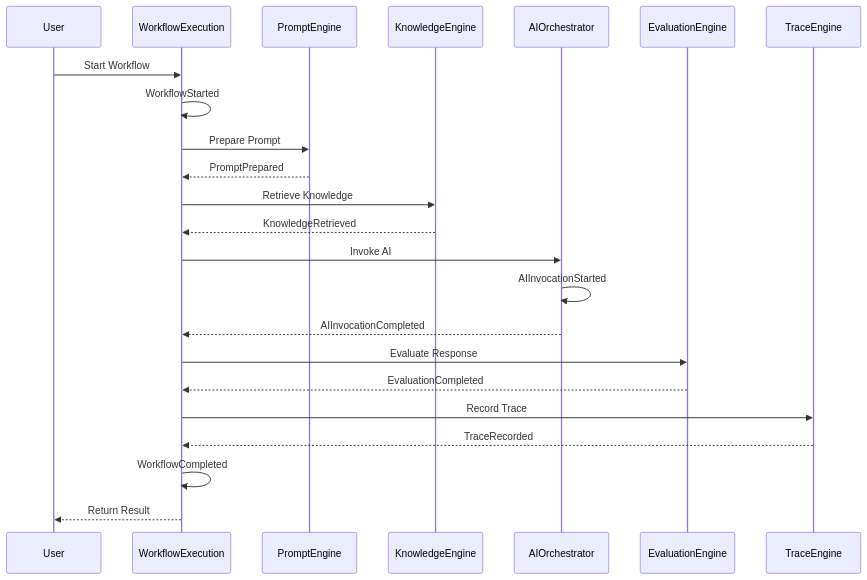
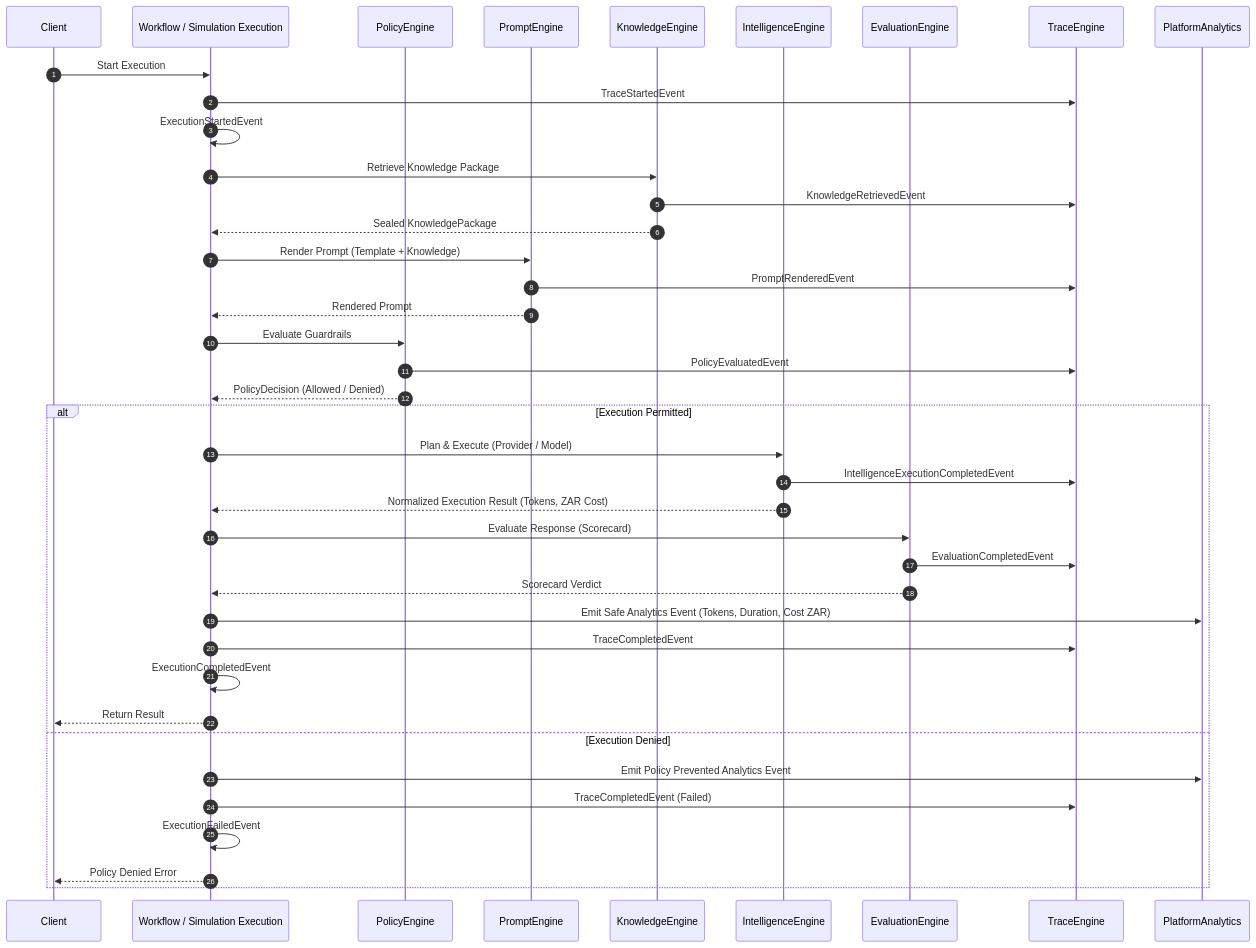
Before and after one commit to kevinkutoane/convolab: the diagram in docs/diagrams/workflow_event_flow.mmd, drawn with Mermaid. The commit also changed 10 other files, not shown here.

Commit message:
docs: add comprehensive architecture documentation, capabilities, and system diagrams

```diff
--- a/docs/diagrams/workflow_event_flow.mmd
+++ b/docs/diagrams/workflow_event_flow.mmd
@@ -1,30 +1,47 @@
 sequenceDiagram
-    participant User
-    participant WE as WorkflowExecution
+    autonumber
+    participant Client
+    participant WE as Workflow / Simulation Execution
+    participant Policy as PolicyEngine
     participant PE as PromptEngine
     participant KE as KnowledgeEngine
-    participant AO as AIOrchestrator
+    participant IE as IntelligenceEngine
     participant EE as EvaluationEngine
     participant TE as TraceEngine
+    participant PA as PlatformAnalytics
 
-    User->>WE: Start Workflow
-    WE->>WE: WorkflowStarted
-    
-    WE->>PE: Prepare Prompt
-    PE-->>WE: PromptPrepared
-    
-    WE->>KE: Retrieve Knowledge
-    KE-->>WE: KnowledgeRetrieved
-    
-    WE->>AO: Invoke AI
-    AO->>AO: AIInvocationStarted
-    AO-->>WE: AIInvocationCompleted
-    
-    WE->>EE: Evaluate Response
-    EE-->>WE: EvaluationCompleted
-    
-    WE->>TE: Record Trace
-    TE-->>WE: TraceRecorded
-    
-    WE->>WE: WorkflowCompleted
-    WE-->>User: Return Result
+    Client->>WE: Start Execution
+    WE->>TE: TraceStartedEvent
+    WE->>WE: ExecutionStartedEvent
+
+    WE->>KE: Retrieve Knowledge Package
+    KE->>TE: KnowledgeRetrievedEvent
+    KE-->>WE: Sealed KnowledgePackage
+
+    WE->>PE: Render Prompt (Template + Knowledge)
+    PE->>TE: PromptRenderedEvent
+    PE-->>WE: Rendered Prompt
+
+    WE->>Policy: Evaluate Guardrails
+    Policy->>TE: PolicyEvaluatedEvent
+    Policy-->>WE: PolicyDecision (Allowed / Denied)
+
+    alt Execution Permitted
+        WE->>IE: Plan & Execute (Provider / Model)
+        IE->>TE: IntelligenceExecutionCompletedEvent
+        IE-->>WE: Normalized Execution Result (Tokens, ZAR Cost)
+
+        WE->>EE: Evaluate Response (Scorecard)
+        EE->>TE: EvaluationCompletedEvent
+        EE-->>WE: Scorecard Verdict
+
+        WE->>PA: Emit Safe Analytics Event (Tokens, Duration, Cost ZAR)
+        WE->>TE: TraceCompletedEvent
+        WE->>WE: ExecutionCompletedEvent
+        WE-->>Client: Return Result
+    else Execution Denied
+        WE->>PA: Emit Policy Prevented Analytics Event
+        WE->>TE: TraceCompletedEvent (Failed)
+        WE->>WE: ExecutionFailedEvent
+        WE-->>Client: Policy Denied Error
+    end
```
